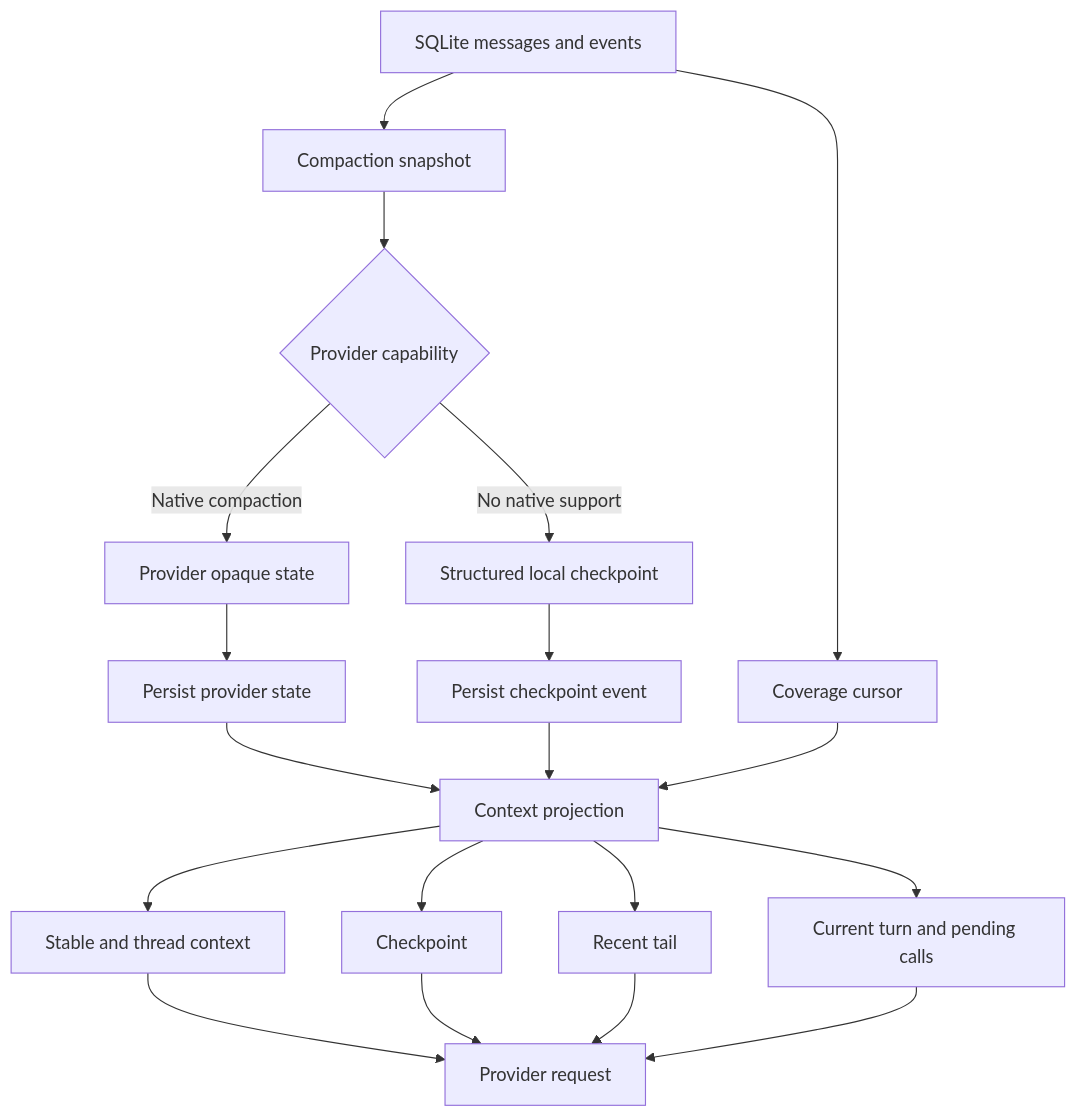
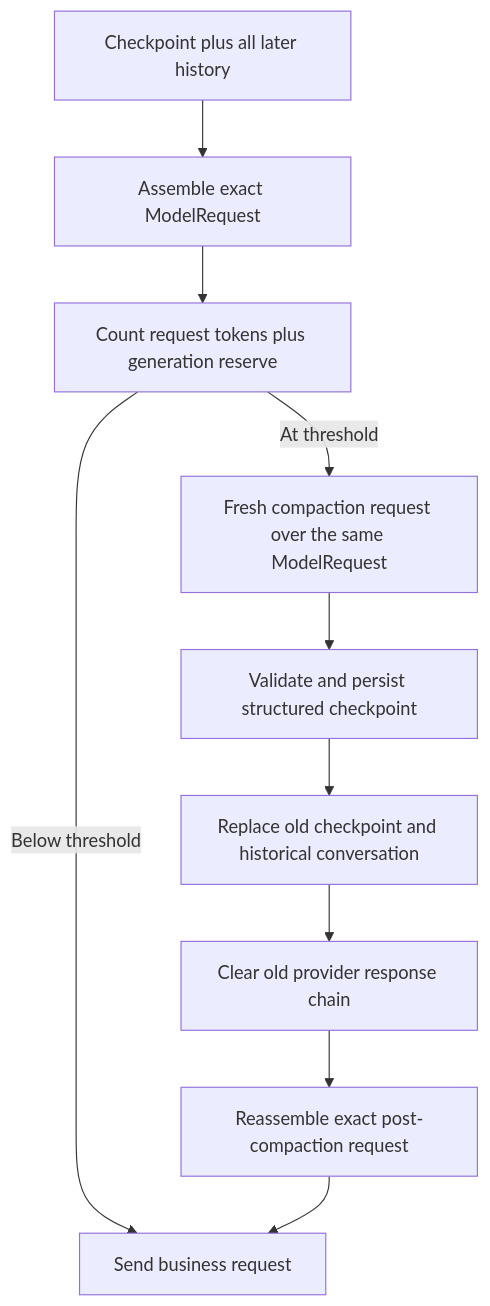
The diagram in docs/context-compaction-design.md (StagoMax/OpenTopia), drawn with Mermaid before and after one commit. The commit also changed other lines of this file and 5 other files, not shown here.

First line of the commit message:
docs(architecture): align runtime control-plane designs

````diff
--- a/docs/context-compaction-design.md
+++ b/docs/context-compaction-design.md
@@ -72,21 +80,12 @@
 ```mermaid
 flowchart TD
-    A[SQLite messages and events] --> B[Coverage cursor]
-    A --> C[Compaction snapshot]
-    C --> D{Provider capability}
-    D -->|Native compaction| E[Provider opaque state]
-    D -->|No native support| F[Structured local checkpoint]
-    E --> G[Persist provider state]
-    F --> H[Persist checkpoint event]
-    G --> I[Context projection]
-    H --> I
-    B --> I
-    I --> J[Stable and thread context]
-    I --> K[Checkpoint]
-    I --> L[Recent tail]
-    I --> M[Current turn and pending calls]
-    J --> N[Provider request]
-    K --> N
-    L --> N
-    M --> N
+    A[Checkpoint plus all later history] --> B[Assemble exact ModelRequest]
+    B --> C[Count request tokens plus generation reserve]
+    C -->|Below threshold| D[Send business request]
+    C -->|At threshold| E[Fresh compaction request over the same ModelRequest]
+    E --> F[Validate and persist structured checkpoint]
+    F --> G[Replace old checkpoint and historical conversation]
+    G --> H[Clear old provider response chain]
+    H --> I[Reassemble exact post-compaction request]
+    I --> D
 ```
````
